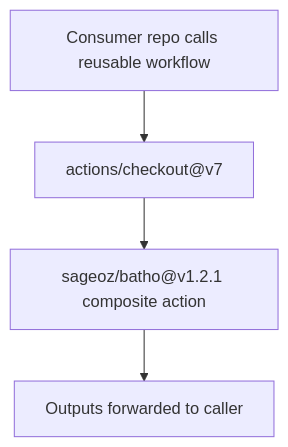
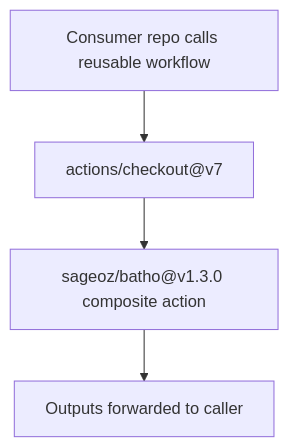
One commit to sageoz/Batho changed the diagram in docs-site/docs/cicd/reusable-workflow.md. Above: the diagram before and after it, drawn with Mermaid. The commit also changed other lines of this file and 22 other files, not shown here.

````diff
--- a/docs-site/docs/cicd/reusable-workflow.md
+++ b/docs-site/docs/cicd/reusable-workflow.md
@@ -7,6 +7,6 @@
 ```mermaid
 flowchart TD
     A["Consumer repo calls reusable workflow"] --> B["actions/checkout@v7"]
-    B --> C["sageoz/batho@v1.2.1 composite action"]
+    B --> C["sageoz/batho@v1.3.0 composite action"]
     C --> D["Outputs forwarded to caller"]
 ```
````
